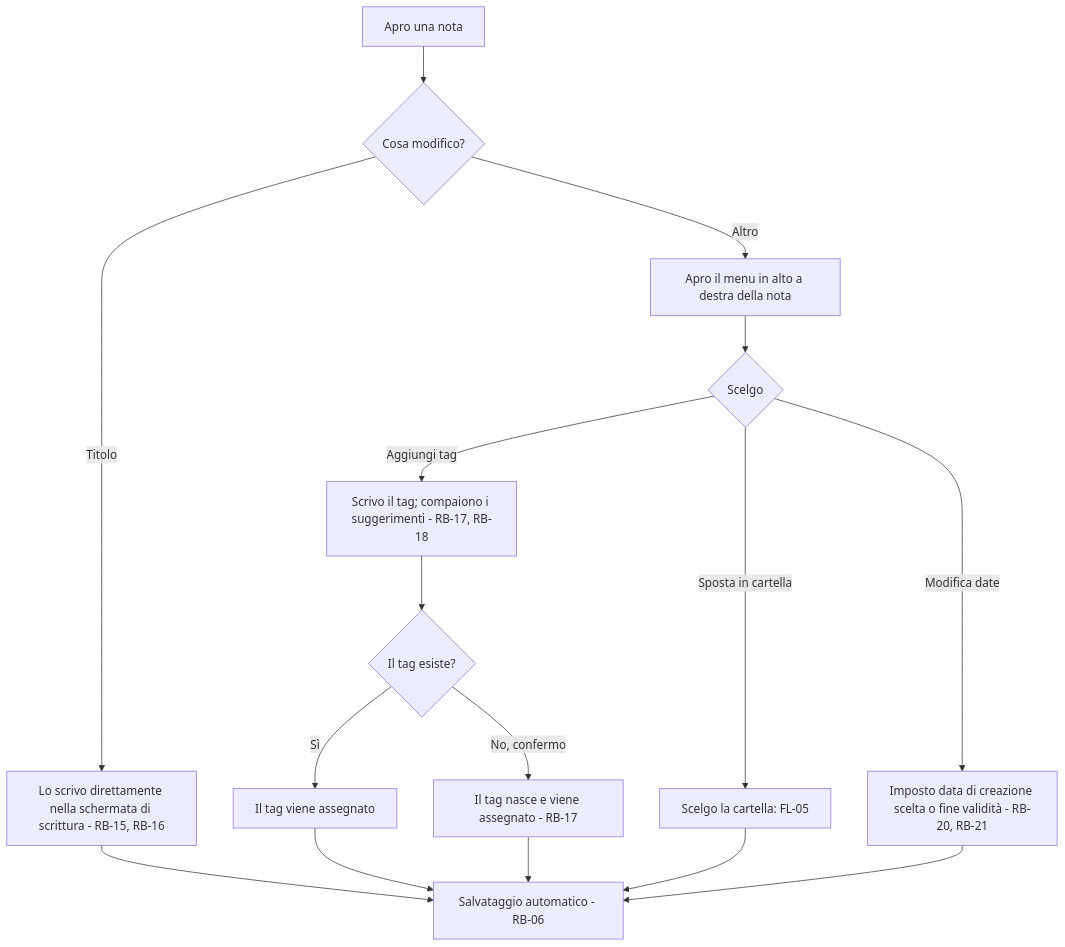
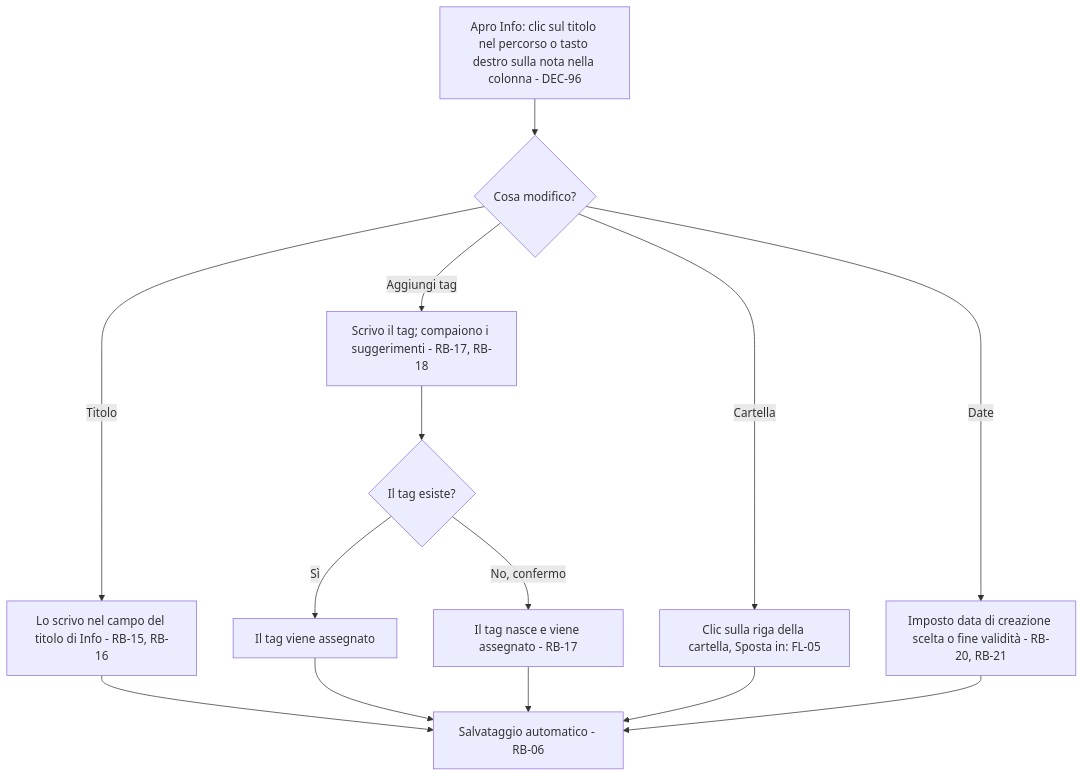
The fifth of 5 diagrams in docs/moduli/note/2-flussi.md (Helmutsti/MemoDu), drawn with Mermaid before and after one commit. The commit also changed other lines of this file and 40 other files, not shown here.

First line of the commit message:
DEC-102 e allineamento generale della documentazione

````diff
--- a/docs/moduli/note/2-flussi.md
+++ b/docs/moduli/note/2-flussi.md
@@ -178,18 +176,16 @@
 ```mermaid
 flowchart TD
-    A[Apro una nota] --> B{Cosa modifico?}
-    B -- Titolo --> C[Lo scrivo direttamente nella schermata di scrittura - RB-15, RB-16]
-    B -- Altro --> D[Apro il menu in alto a destra della nota]
-    D --> E{Scelgo}
+    A[Apro Info: clic sul titolo nel percorso o tasto destro sulla nota nella colonna - DEC-96] --> E{Cosa modifico?}
+    E -- Titolo --> C[Lo scrivo nel campo del titolo di Info - RB-15, RB-16]
     E -- Aggiungi tag --> F[Scrivo il tag; compaiono i suggerimenti - RB-17, RB-18]
     F --> G{Il tag esiste?}
     G -- Sì --> H[Il tag viene assegnato]
     G -- No, confermo --> I[Il tag nasce e viene assegnato - RB-17]
-    E -- Sposta in cartella --> J[Scelgo la cartella: FL-05]
-    E -- Modifica date --> K[Imposto data di creazione scelta o fine validità - RB-20, RB-21]
+    E -- Cartella --> J[Clic sulla riga della cartella, Sposta in: FL-05]
+    E -- Date --> K[Imposto data di creazione scelta o fine validità - RB-20, RB-21]
     C --> Z[Salvataggio automatico - RB-06]
     H --> Z
     I --> Z
     J --> Z
     K --> Z
 ```
````
